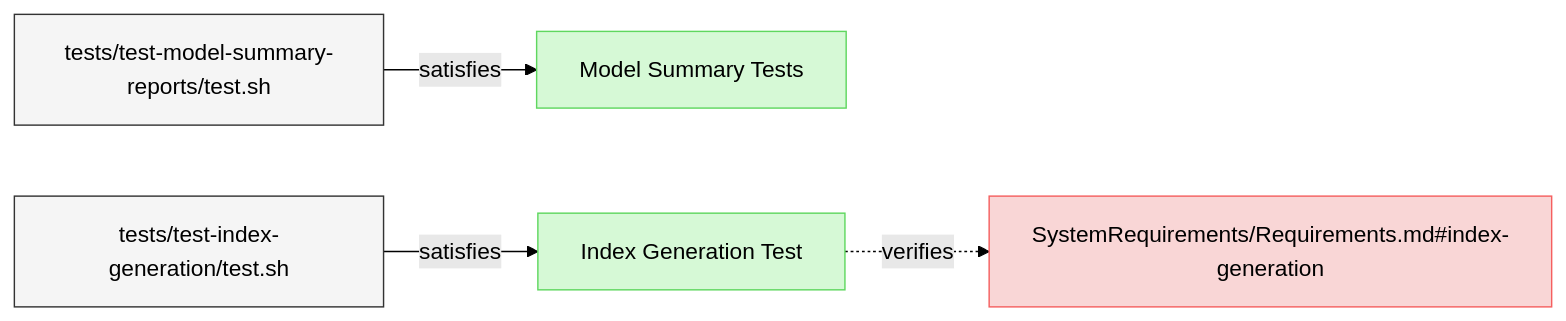
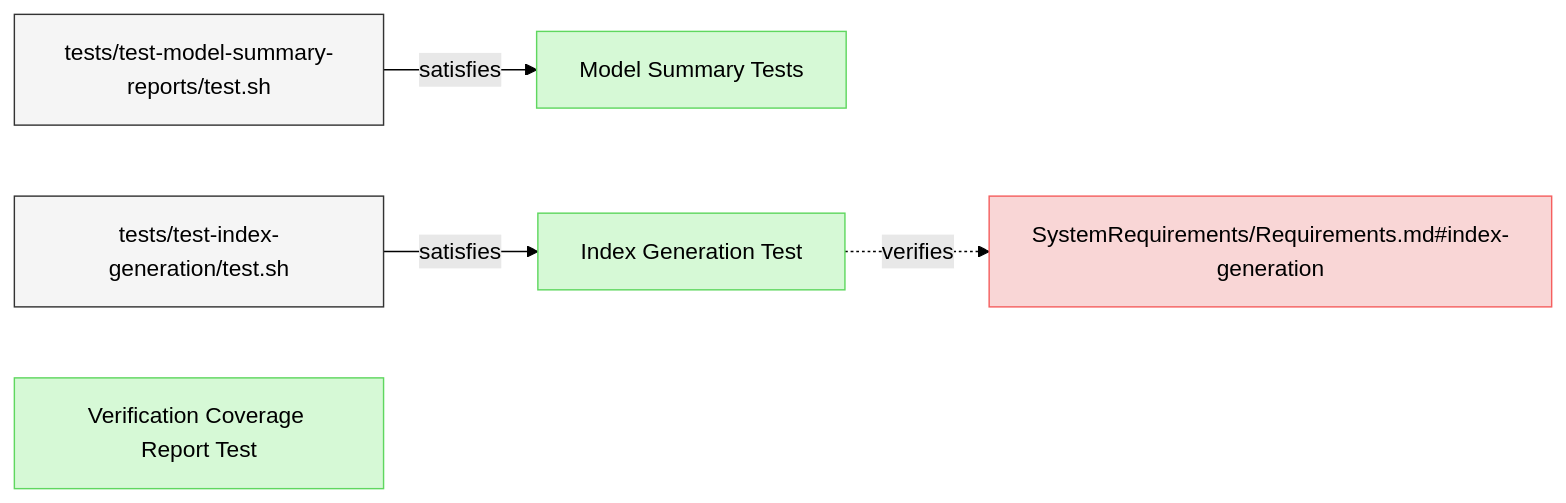
One commit to reqvire-org/reqvire changed the diagram in specifications/Verifications/ReportsTests.md. Above: the diagram before and after it, drawn with Mermaid (forest theme). The commit also changed other lines of this file and 6 other files, not shown here.

First line of the commit message:
feat: implement verification coverage report functionality

````diff
--- a/specifications/Verifications/ReportsTests.md
+++ b/specifications/Verifications/ReportsTests.md
@@ -6,27 +6,30 @@
 ```mermaid
 graph LR;
   %% Graph styling
   classDef requirement fill:#f9d6d6,stroke:#f55f5f,stroke-width:1px;
   classDef verification fill:#d6f9d6,stroke:#5fd75f,stroke-width:1px;
   classDef externalLink fill:#d0e0ff,stroke:#3080ff,stroke-width:1px;
   classDef default fill:#f5f5f5,stroke:#333333,stroke-width:1px;
 
   76ae69270700044b["Model Summary Tests"];
   class 76ae69270700044b verification;
   click 76ae69270700044b "ReportsTests.md#model-summary-tests";
   7b75340700b95177["tests/test-model-summary-reports/test.sh"];
   class 7b75340700b95177 default;
   click 7b75340700b95177 "../../tests/test-model-summary-reports/test.sh";
   7b75340700b95177 -->|satisfies| 76ae69270700044b;
   3108f29b131412a3["Index Generation Test"];
   class 3108f29b131412a3 verification;
   click 3108f29b131412a3 "ReportsTests.md#index-generation-test";
   a21995894299effb["SystemRequirements/Requirements.md#index-generation"];
   class a21995894299effb requirement;
   click a21995894299effb "../SystemRequirements/Requirements.md#index-generation";
   3108f29b131412a3 -.->|verifies| a21995894299effb;
   1123809d5f501bf1["tests/test-index-generation/test.sh"];
   class 1123809d5f501bf1 default;
   click 1123809d5f501bf1 "../../tests/test-index-generation/test.sh";
   1123809d5f501bf1 -->|satisfies| 3108f29b131412a3;
+  cc8f4d2e1a9b5748["Verification Coverage Report Test"];
+  class cc8f4d2e1a9b5748 verification;
+  click cc8f4d2e1a9b5748 "ReportsTests.md#verification-coverage-report-test";
 ```
````
